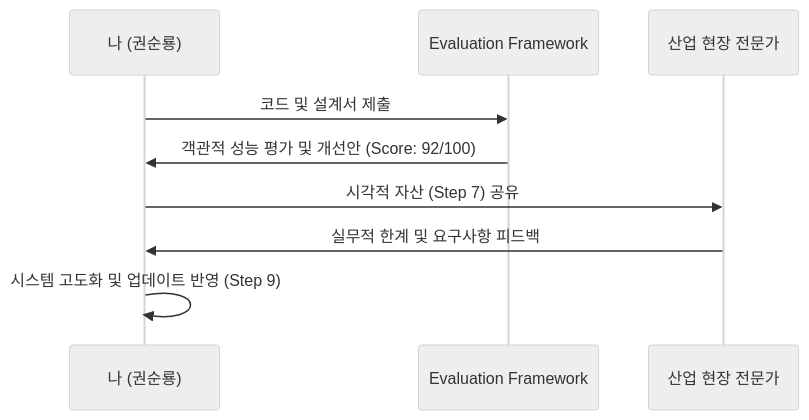
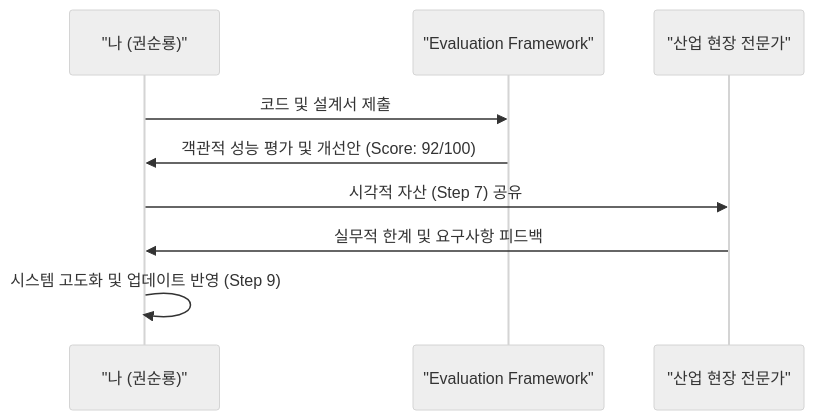
One commit to moobaek/Testing_AI_agents_for_public_use changed the diagram in portfolio/Phase_3_Expansion/Step_08_Feedback_Loop.md. Above: the diagram before and after it, drawn with Mermaid (neutral theme). The commit also changed 14 other files, not shown here.

First line of the commit message:
fix: standardize Mermaid syntax for Obsidian compatibility across all portfolio documents

````diff
--- a/portfolio/Phase_3_Expansion/Step_08_Feedback_Loop.md
+++ b/portfolio/Phase_3_Expansion/Step_08_Feedback_Loop.md
@@ -30,12 +30,12 @@
 ```mermaid
 sequenceDiagram
-    participant Dev as 나 (권순룡)
-    participant AI as Evaluation Framework
-    participant Field as 산업 현장 전문가
+    participant Dev as "나 (권순룡)"
+    participant AI as "Evaluation Framework"
+    participant Field as "산업 현장 전문가"
     
     Dev->>AI: 코드 및 설계서 제출
     AI->>Dev: 객관적 성능 평가 및 개선안 (Score: 92/100)
     Dev->>Field: 시각적 자산 (Step 7) 공유
     Field->>Dev: 실무적 한계 및 요구사항 피드백
     Dev->>Dev: 시스템 고도화 및 업데이트 반영 (Step 9)
 ```
````
